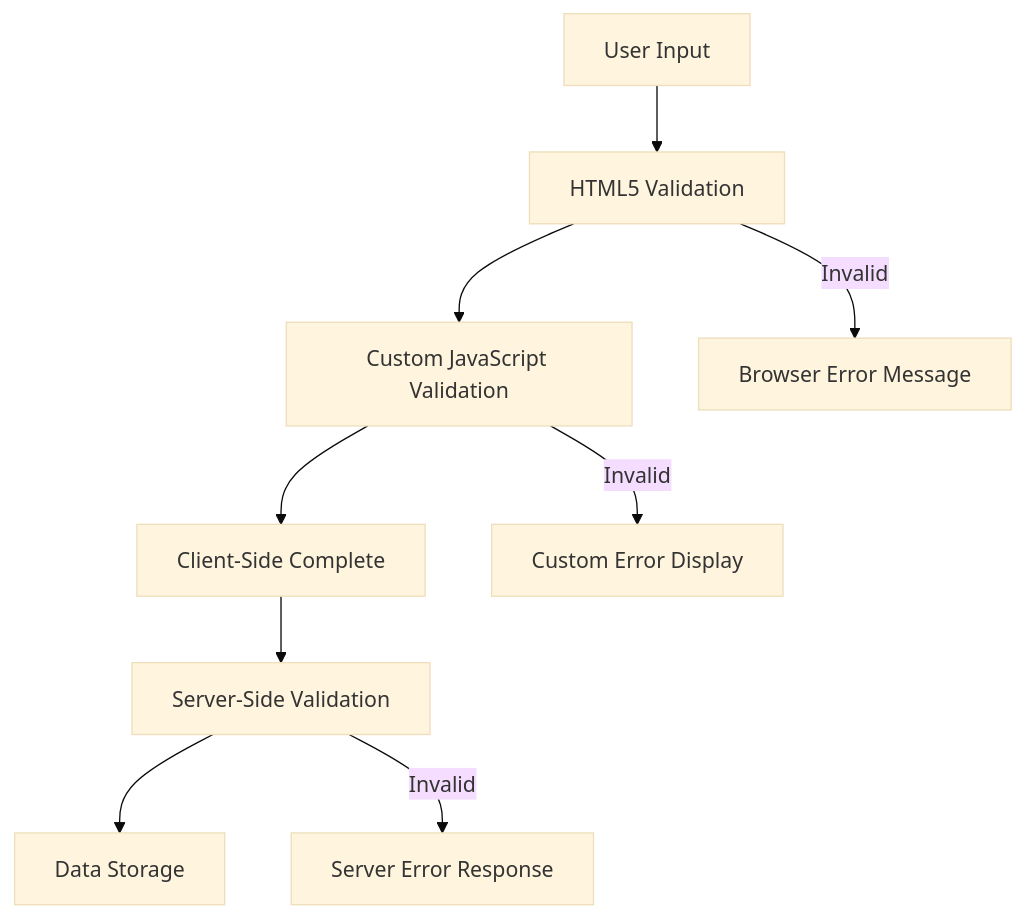
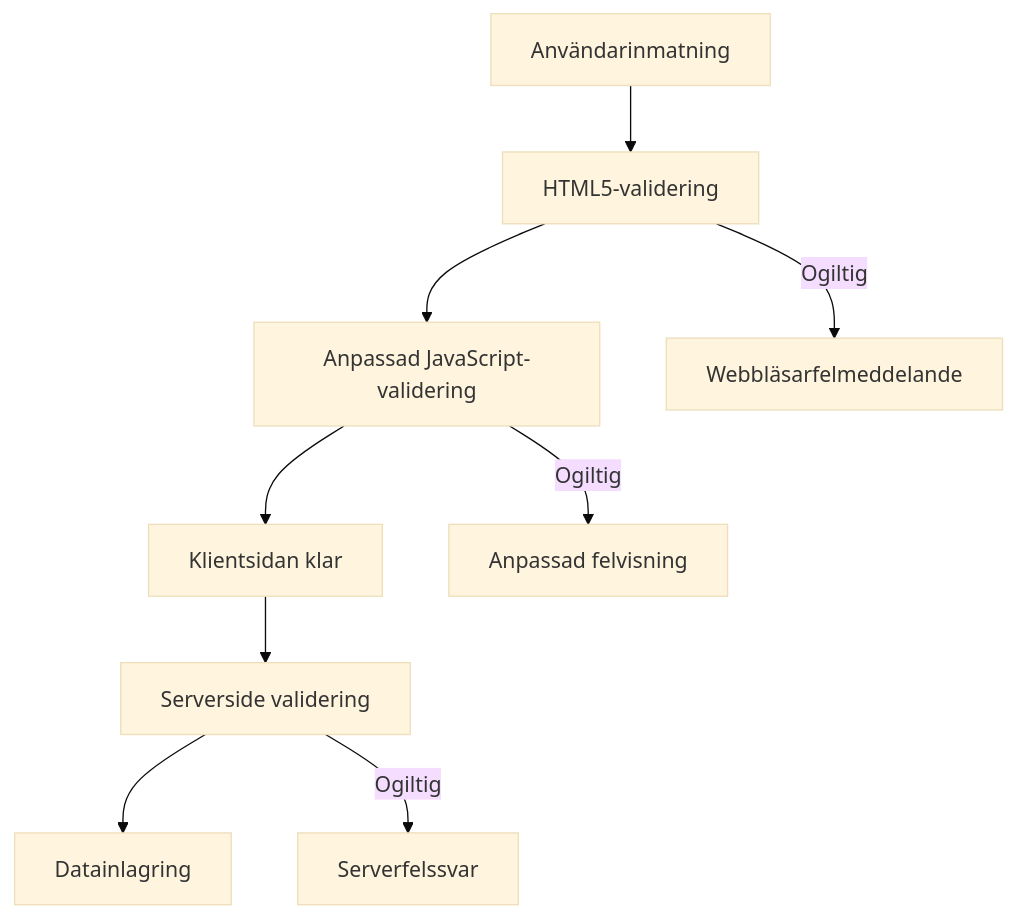
One commit to microsoft/Web-Dev-For-Beginners changed the seventh of 9 diagrams in translations/sv/7-bank-project/2-forms/README.md. Above: the diagram before and after it, drawn with Mermaid (base theme). The commit also changed other lines of this file and 99 other files, not shown here.

````diff
--- a/translations/sv/7-bank-project/2-forms/README.md
+++ b/translations/sv/7-bank-project/2-forms/README.md
@@ -574,12 +650,12 @@
 ```mermaid
 graph TD
-    A[User Input] --> B[HTML5 Validation]
-    B --> C[Custom JavaScript Validation]
-    C --> D[Client-Side Complete]
-    D --> E[Server-Side Validation]
-    E --> F[Data Storage]
+    A[Användarinmatning] --> B[HTML5-validering]
+    B --> C[Anpassad JavaScript-validering]
+    C --> D[Klientsidan klar]
+    D --> E[Serverside validering]
+    E --> F[Datainlagring]
     
-    B -->|Invalid| G[Browser Error Message]
-    C -->|Invalid| H[Custom Error Display]
-    E -->|Invalid| I[Server Error Response]
+    B -->|Ogiltig| G[Webbläsarfelmeddelande]
+    C -->|Ogiltig| H[Anpassad felvisning]
+    E -->|Ogiltig| I[Serverfelssvar]
 ```
````
